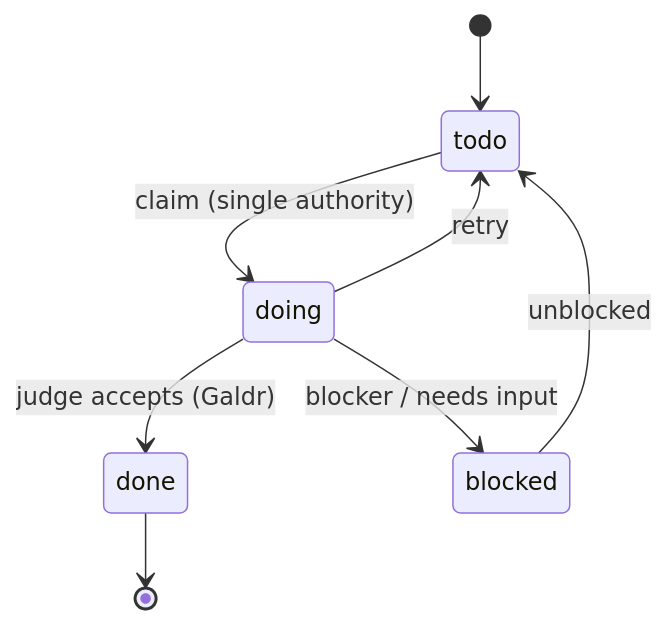
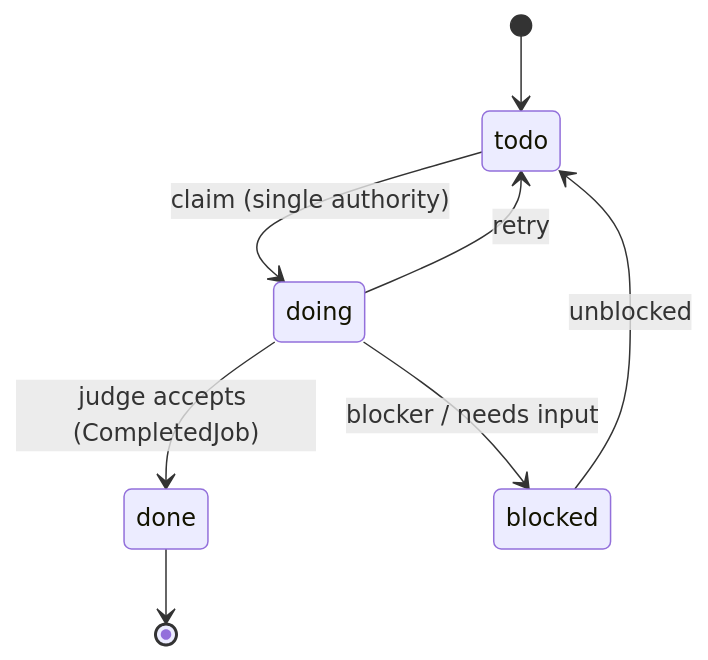
The first of 4 diagrams in docs/task-tracking.md (aquifer-labs/brunnr), drawn with Mermaid before and after one commit. The commit also changed other lines of this file and 29 other files, not shown here.

````diff
--- a/docs/task-tracking.md
+++ b/docs/task-tracking.md
@@ -34,10 +34,10 @@
 ```mermaid
 stateDiagram-v2
   [*] --> todo
   todo --> doing: claim (single authority)
-  doing --> done: judge accepts (Galdr)
+  doing --> done: judge accepts (CompletedJob)
   doing --> blocked: blocker / needs input
   blocked --> todo: unblocked
   doing --> todo: retry
   done --> [*]
 ```
````
